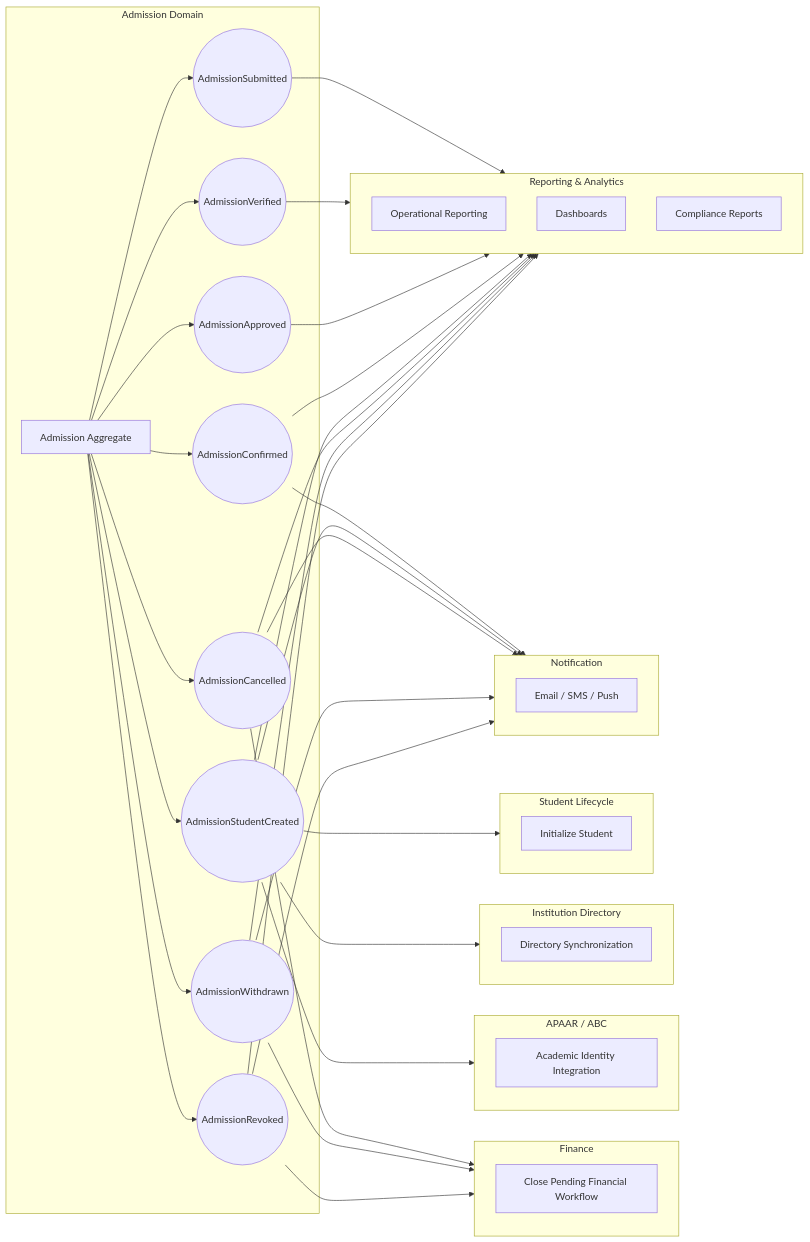
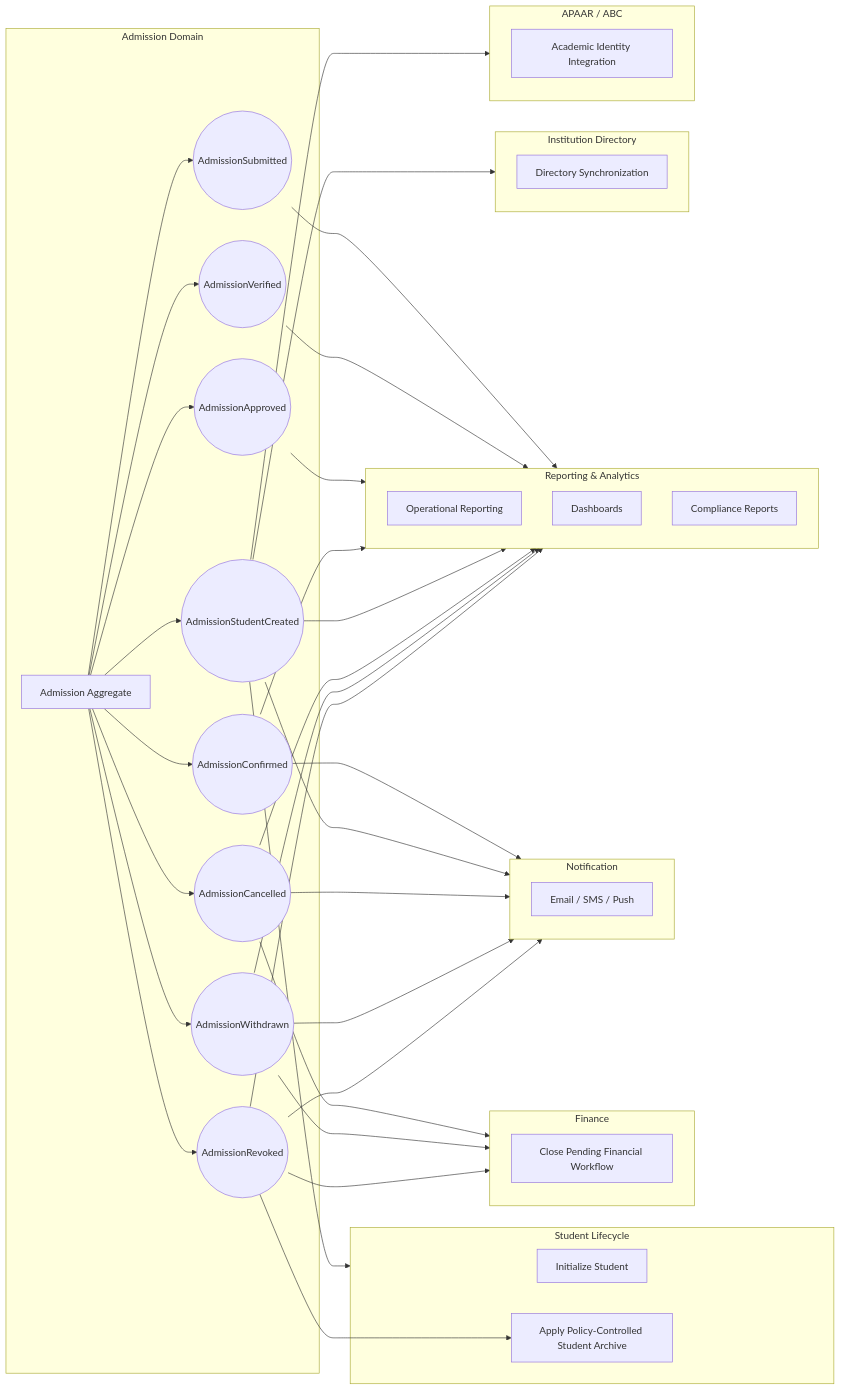
One commit to Varad1604/ERP_hark changed diagram 19 of 24 in architecture/L2_Domain_Workflow_Architecture/section-c/L2-C01_Admissions_Workflows.md. Above: the diagram before and after it, drawn with Mermaid. The commit also changed other lines of this file and 12 other files, not shown here.

````diff
--- a/architecture/L2_Domain_Workflow_Architecture/section-c/L2-C01_Admissions_Workflows.md
+++ b/architecture/L2_Domain_Workflow_Architecture/section-c/L2-C01_Admissions_Workflows.md
@@ -8304,6 +8310,7 @@
 subgraph ST["Student Lifecycle"]
 
 S1[Initialize Student]
+S2[Apply Policy-Controlled Student Archive]
 
 end
 
@@ -8367,6 +8374,7 @@
 E7 --> RP
 
 E8 --> FN
+E8 --> S2
 E8 --> NT
 E8 --> RP
 ```
````
